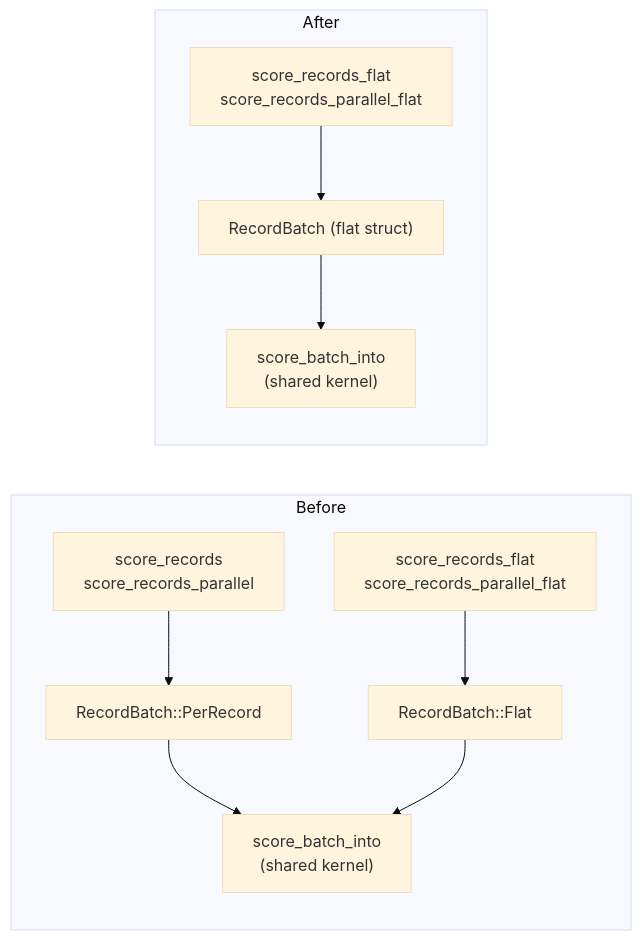
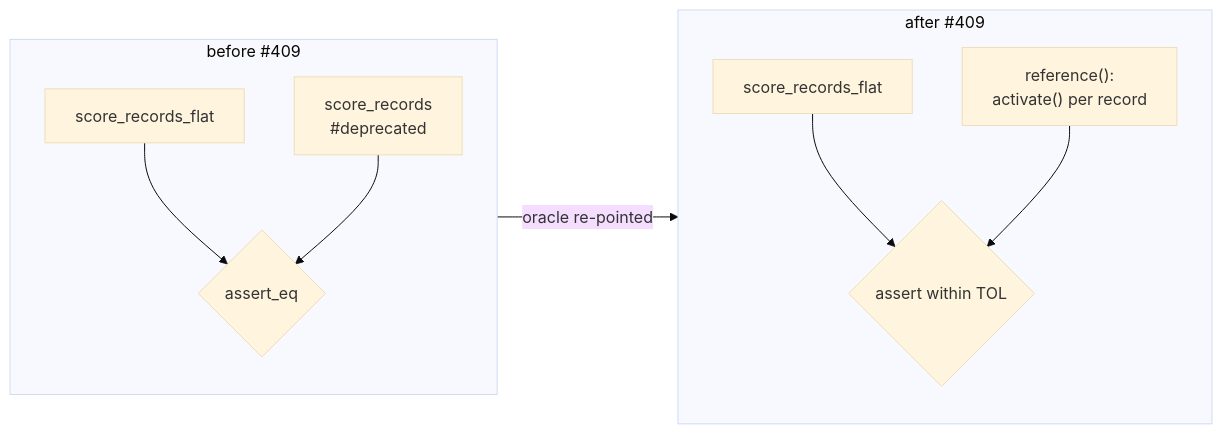
The diagram in docs/archive/pr-summaries/pr-summary-409.md (stSoftwareAU/NEAT-AI-core), drawn with Mermaid (base theme) before and after one commit. The commit also changed other lines of this file, not shown here.

First line of the commit message:
docs: add PR summary for the per-record scoring wrapper removal (Issue #409)

````diff
--- a/docs/archive/pr-summaries/pr-summary-409.md
+++ b/docs/archive/pr-summaries/pr-summary-409.md
@@ -47,13 +56,12 @@
 ```mermaid
 flowchart LR
-    subgraph Before
-        A1["score_records<br/>score_records_parallel"] --> B1["RecordBatch::PerRecord"]
-        A2["score_records_flat<br/>score_records_parallel_flat"] --> B2["RecordBatch::Flat"]
-        B1 --> K["score_batch_into<br/>(shared kernel)"]
-        B2 --> K
+    subgraph Before["before #409"]
+        F1["score_records_flat"] --> C1{"assert_eq"}
+        D1["score_records<br/>#deprecated"] --> C1
     end
-    subgraph After
-        C["score_records_flat<br/>score_records_parallel_flat"] --> D["RecordBatch (flat struct)"]
-        D --> K2["score_batch_into<br/>(shared kernel)"]
+    subgraph After["after #409"]
+        F2["score_records_flat"] --> C2{"assert within TOL"}
+        R2["reference():<br/>activate() per record"] --> C2
     end
+    Before -->|"oracle re-pointed"| After
 ```
````
